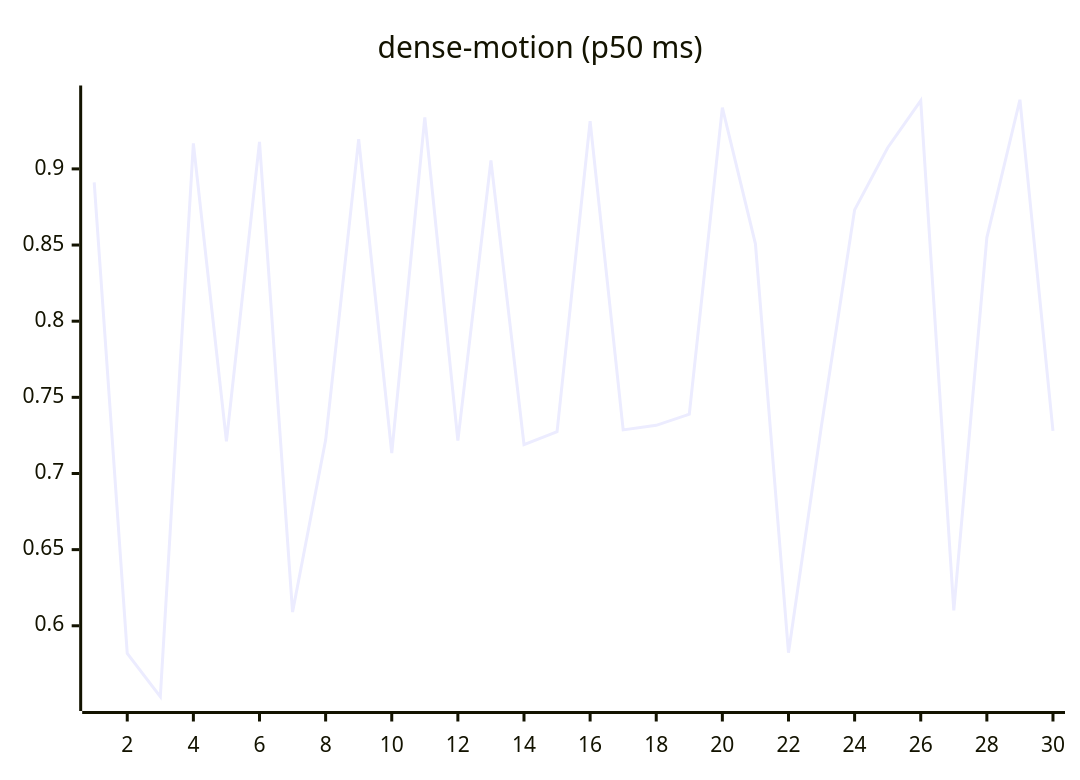
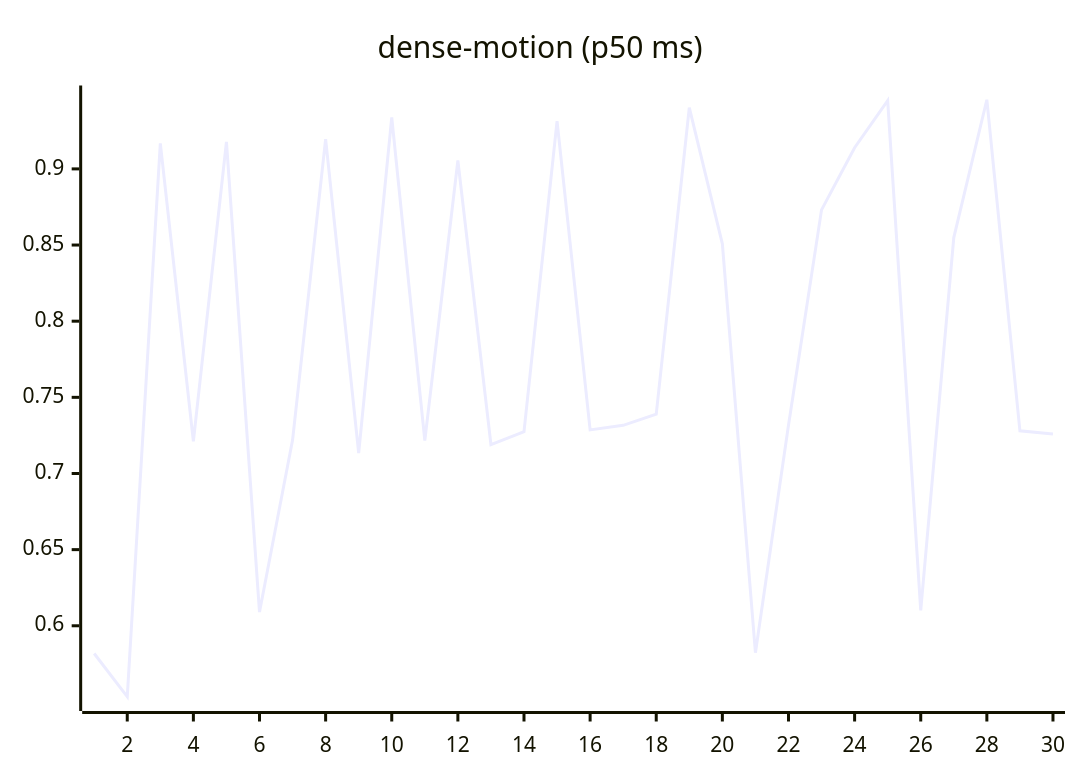
One commit to josha/Facet changed the ninth of 27 diagrams in README.md. Above: the diagram before and after it, drawn with Mermaid. The commit also changed other lines of this file and 2 other files, not shown here.

````diff
--- a/README.md
+++ b/README.md
@@ -119,6 +119,6 @@
 ```mermaid
 xychart-beta
     title "dense-motion (p50 ms)"
     x-axis 1 --> 30
-    line [0.8911, 0.5818, 0.5534, 0.9168, 0.7211, 0.9177, 0.6090, 0.7219, 0.9196, 0.7134, 0.9338, 0.7216, 0.9055, 0.7190, 0.7274, 0.9314, 0.7286, 0.7316, 0.7389, 0.9402, 0.8508, 0.5823, 0.7317, 0.8731, 0.9139, 0.9448, 0.6101, 0.8549, 0.9454, 0.7280]
+    line [0.5818, 0.5534, 0.9168, 0.7211, 0.9177, 0.6090, 0.7219, 0.9196, 0.7134, 0.9338, 0.7216, 0.9055, 0.7190, 0.7274, 0.9314, 0.7286, 0.7316, 0.7389, 0.9402, 0.8508, 0.5823, 0.7317, 0.8731, 0.9139, 0.9448, 0.6101, 0.8549, 0.9454, 0.7280, 0.7259]
 ```
````
